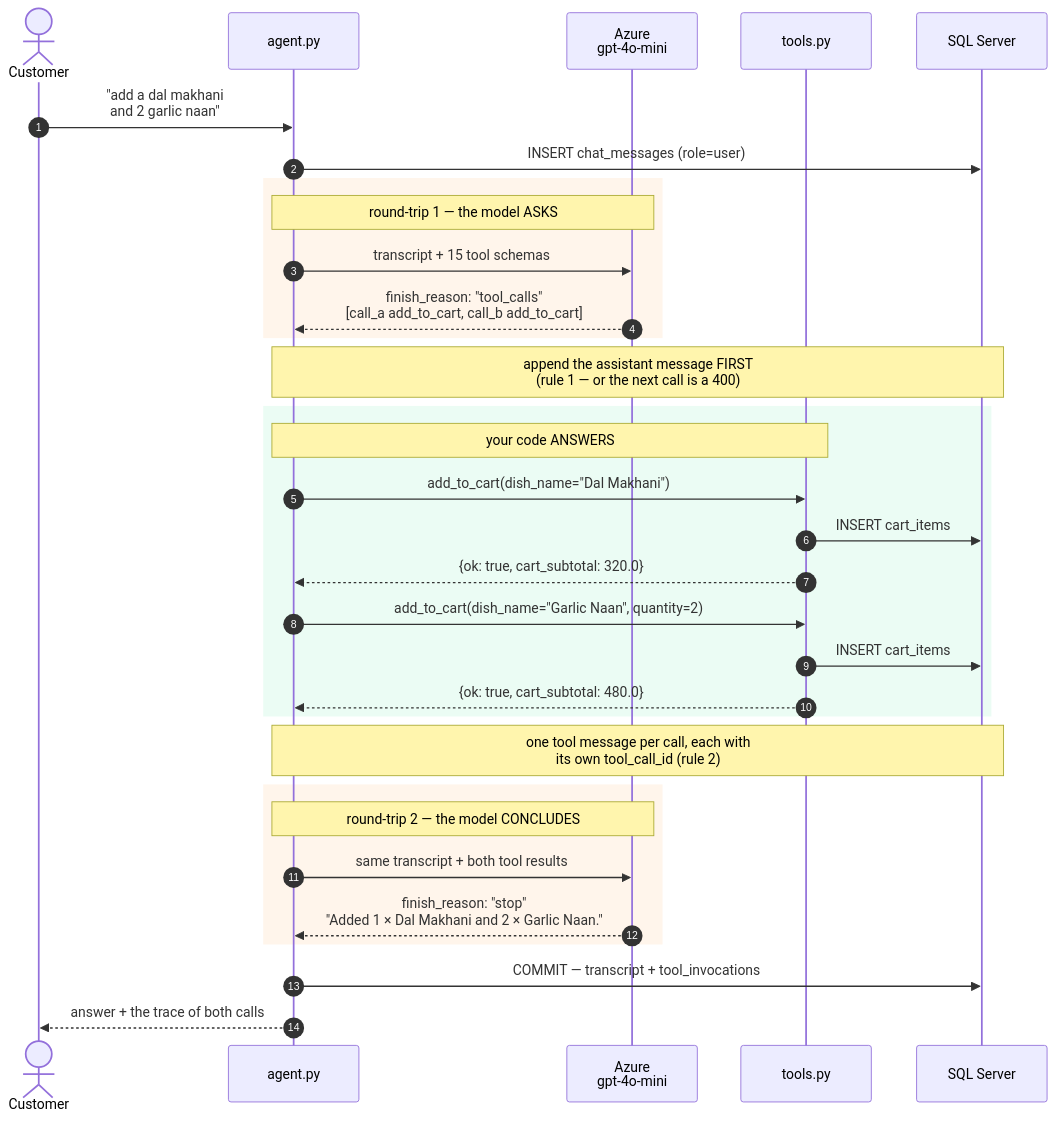
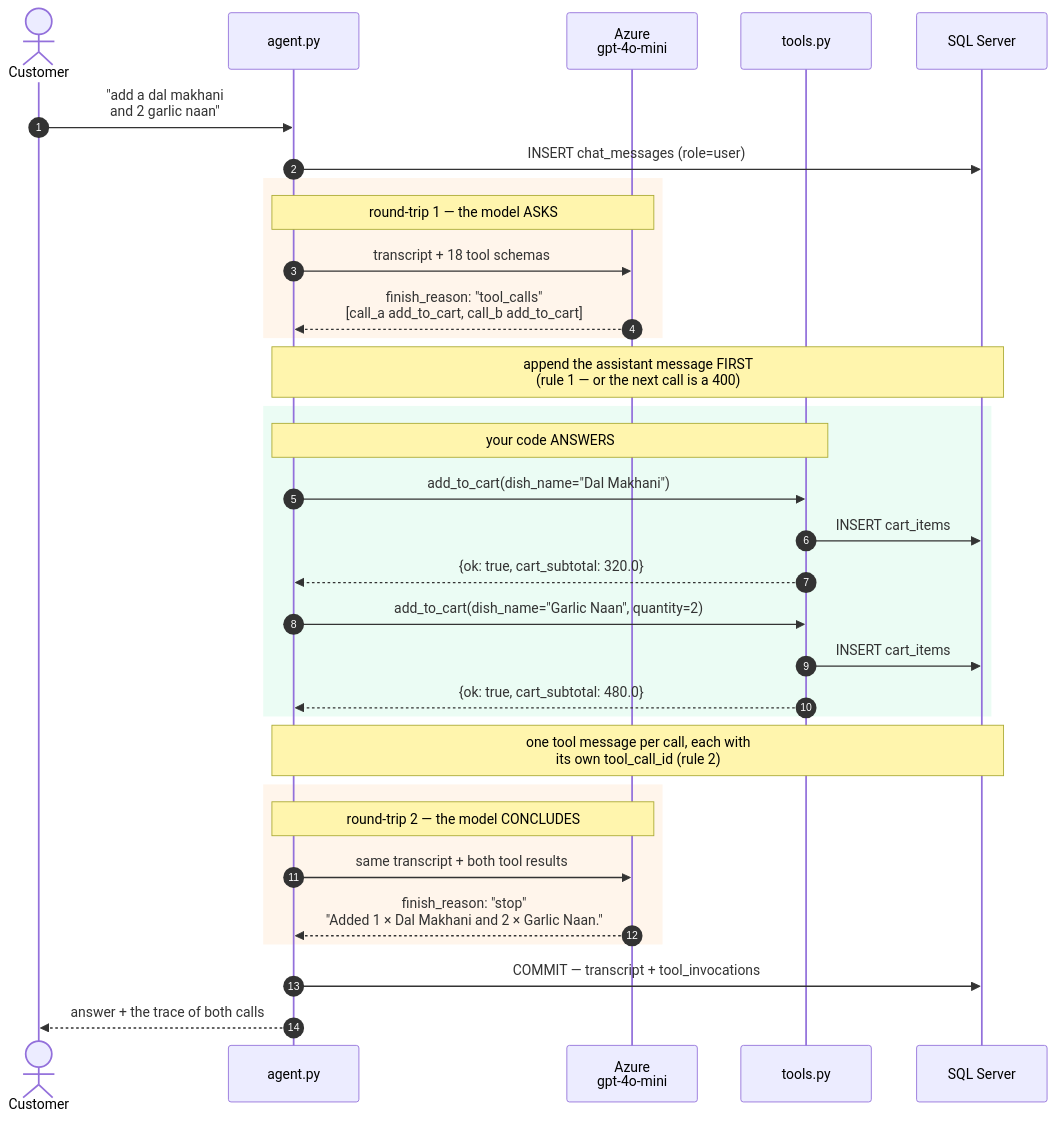
One commit to MuhammadWaqar621/bites-and-bytes changed the third of 4 diagrams in README.md. Above: the diagram before and after it, drawn with Mermaid. The commit also changed other lines of this file and 21 other files, not shown here.

First line of the commit message:
Analytics tools with charts, and real screenshots in the README

````diff
--- a/README.md
+++ b/README.md
@@ -509,41 +573,41 @@
 ```mermaid
 sequenceDiagram
     autonumber
     actor C as Customer
     participant A as agent.py
     participant M as Azure<br/>gpt-4o-mini
     participant T as tools.py
     participant D as SQL Server
 
     C->>A: "add a dal makhani<br/>and 2 garlic naan"
     A->>D: INSERT chat_messages (role=user)
 
     rect rgba(255,154,60,0.10)
     note over A,M: round-trip 1 — the model ASKS
-    A->>M: transcript + 15 tool schemas
+    A->>M: transcript + 18 tool schemas
     M-->>A: finish_reason: "tool_calls"<br/>[call_a add_to_cart, call_b add_to_cart]
     end
 
     note over A,D: append the assistant message FIRST<br/>(rule 1 — or the next call is a 400)
 
     rect rgba(61,220,151,0.10)
     note over A,T: your code ANSWERS
     A->>T: add_to_cart(dish_name="Dal Makhani")
     T->>D: INSERT cart_items
     T-->>A: {ok: true, cart_subtotal: 320.0}
     A->>T: add_to_cart(dish_name="Garlic Naan", quantity=2)
     T->>D: INSERT cart_items
     T-->>A: {ok: true, cart_subtotal: 480.0}
     end
 
     note over A,D: one tool message per call, each with<br/>its own tool_call_id (rule 2)
 
     rect rgba(255,154,60,0.10)
     note over A,M: round-trip 2 — the model CONCLUDES
     A->>M: same transcript + both tool results
     M-->>A: finish_reason: "stop"<br/>"Added 1 × Dal Makhani and 2 × Garlic Naan."
     end
 
     A->>D: COMMIT — transcript + tool_invocations
     A-->>C: answer + the trace of both calls
 ```
````
